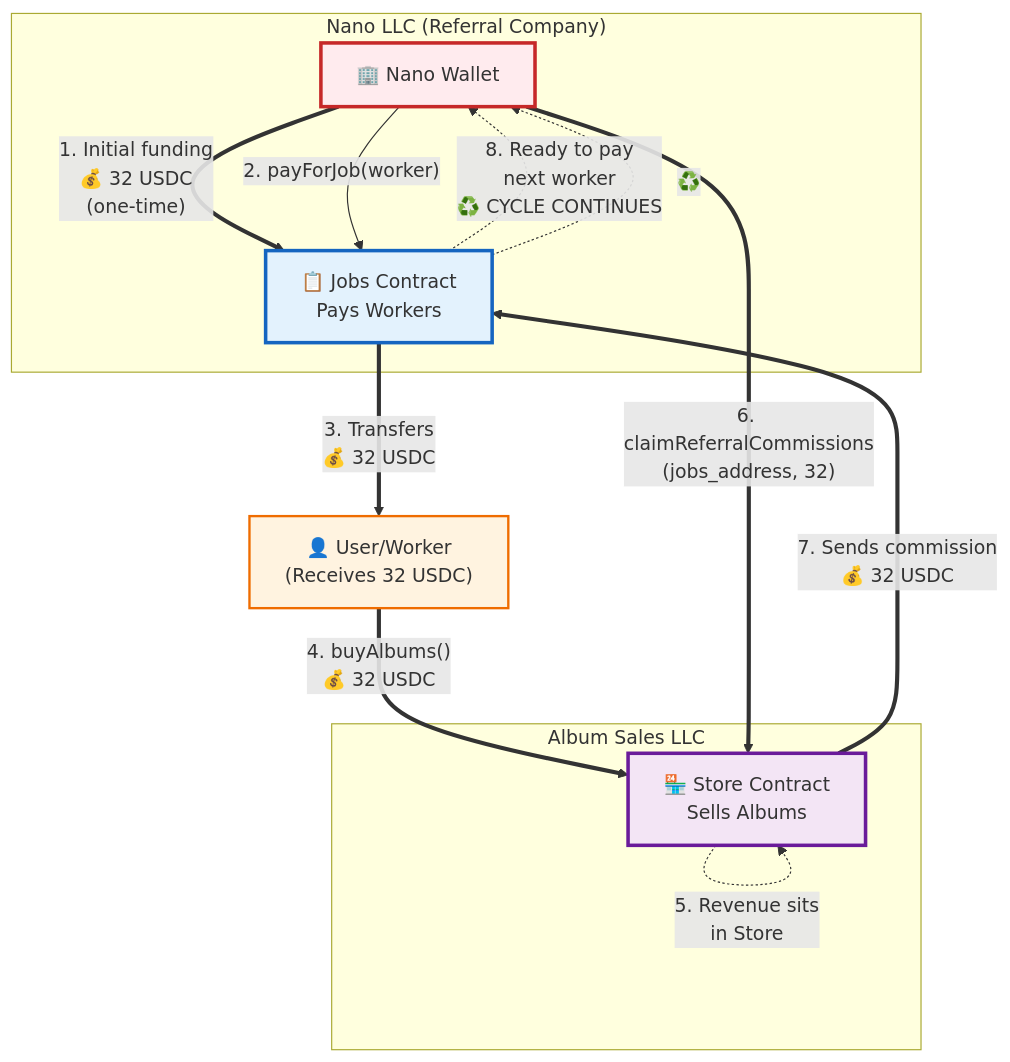
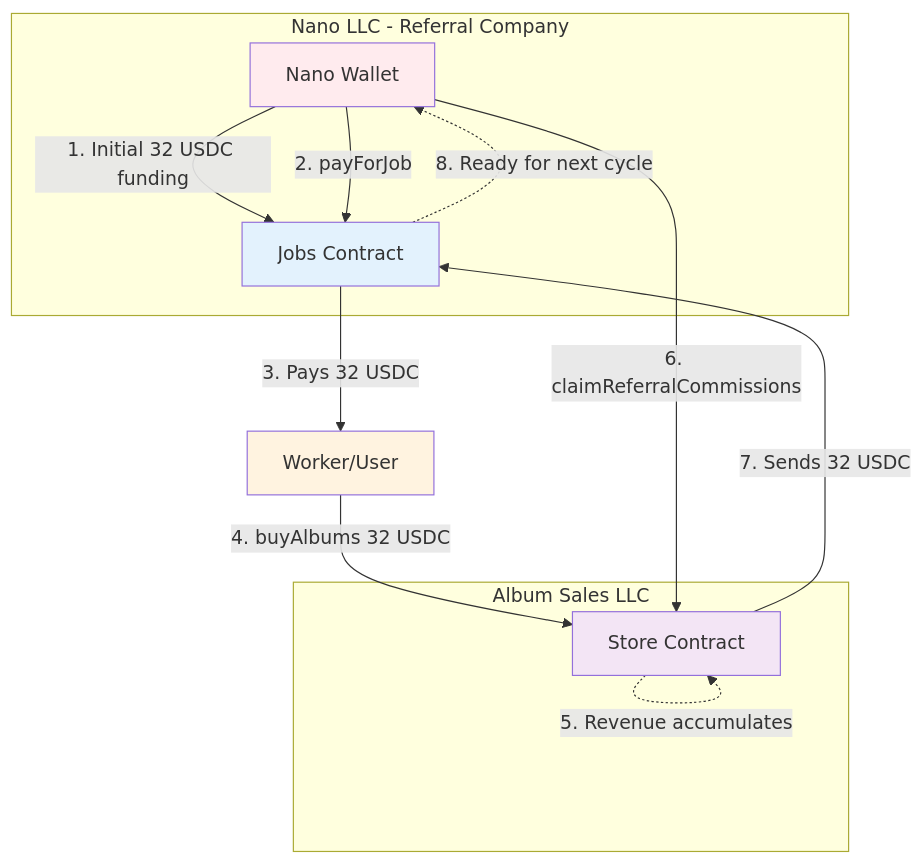
One commit to rowhq/hitmachine changed the diagram in SIMPLE_FLOW.md. Above: the diagram before and after it, drawn with Mermaid. The commit also changed other lines of this file, not shown here.

Commit message:
fix: Rewrite Mermaid diagram with GitHub-compatible syntax
- Changed to flowchart TB (modern syntax)
- Removed all emojis from diagram nodes
- Removed HTML br tags
- Used simple square brackets for nodes
- Removed special characters that cause parsing issues
- Followed official GitHub Mermaid documentation

````diff
--- a/SIMPLE_FLOW.md
+++ b/SIMPLE_FLOW.md
@@ -17,36 +17,27 @@
 ```mermaid
-graph TB
-    %% Main entities
-    subgraph "Nano LLC (Referral Company)"
-        NANO["🏢 Nano Wallet"]
-        JOBS["📋 Jobs Contract<br/>Pays Workers"]
+flowchart TB
+    subgraph NanoCompany[Nano LLC - Referral Company]
+        NanoWallet[Nano Wallet]
+        JobsContract[Jobs Contract]
     end
     
-    subgraph "Album Sales LLC"
-        STORE["🏪 Store Contract<br/>Sells Albums"]
+    subgraph AlbumCompany[Album Sales LLC]
+        StoreContract[Store Contract]
     end
     
-    USER["👤 User/Worker<br/>(Receives 32 USDC)"]
+    Worker[Worker/User]
     
-    %% The circular flow
-    NANO ==>|"1. Initial funding<br/>💰 32 USDC<br/>(one-time)"| JOBS
-    NANO -->|"2. payForJob(worker)"| JOBS
-    JOBS ==>|"3. Transfers<br/>💰 32 USDC"| USER
-    USER ==>|"4. buyAlbums()<br/>💰 32 USDC"| STORE
-    STORE -.->|"5. Revenue sits<br/>in Store"| STORE
-    NANO ==>|"6. claimReferralCommissions<br/>(jobs_address, 32)"| STORE
-    STORE ==>|"7. Sends commission<br/>💰 32 USDC"| JOBS
-    JOBS -.->|"8. Ready to pay<br/>next worker<br/>♻️ CYCLE CONTINUES"| NANO
+    NanoWallet -->|1. Initial 32 USDC funding| JobsContract
+    NanoWallet -->|2. payForJob| JobsContract
+    JobsContract -->|3. Pays 32 USDC| Worker
+    Worker -->|4. buyAlbums 32 USDC| StoreContract
+    StoreContract -.->|5. Revenue accumulates| StoreContract
+    NanoWallet -->|6. claimReferralCommissions| StoreContract
+    StoreContract -->|7. Sends 32 USDC| JobsContract
+    JobsContract -.->|8. Ready for next cycle| NanoWallet
     
-    %% Highlight the circular path
-    JOBS -.->|"♻️"| NANO
-    
-    %% Styling
-    style NANO fill:#ffebee,stroke:#c62828,stroke-width:3px
-    style JOBS fill:#e3f2fd,stroke:#1565c0,stroke-width:3px
-    style USER fill:#fff3e0,stroke:#ef6c00,stroke-width:2px
-    style STORE fill:#f3e5f5,stroke:#6a1b9a,stroke-width:3px
-    
-    classDef nanoClass fill:#ffebee,stroke:#c62828,stroke-width:3px
-    classDef storeClass fill:#f3e5f5,stroke:#6a1b9a,stroke-width:3px
+    style NanoWallet fill:#ffebee
+    style JobsContract fill:#e3f2fd
+    style Worker fill:#fff3e0
+    style StoreContract fill:#f3e5f5
 ```
````
